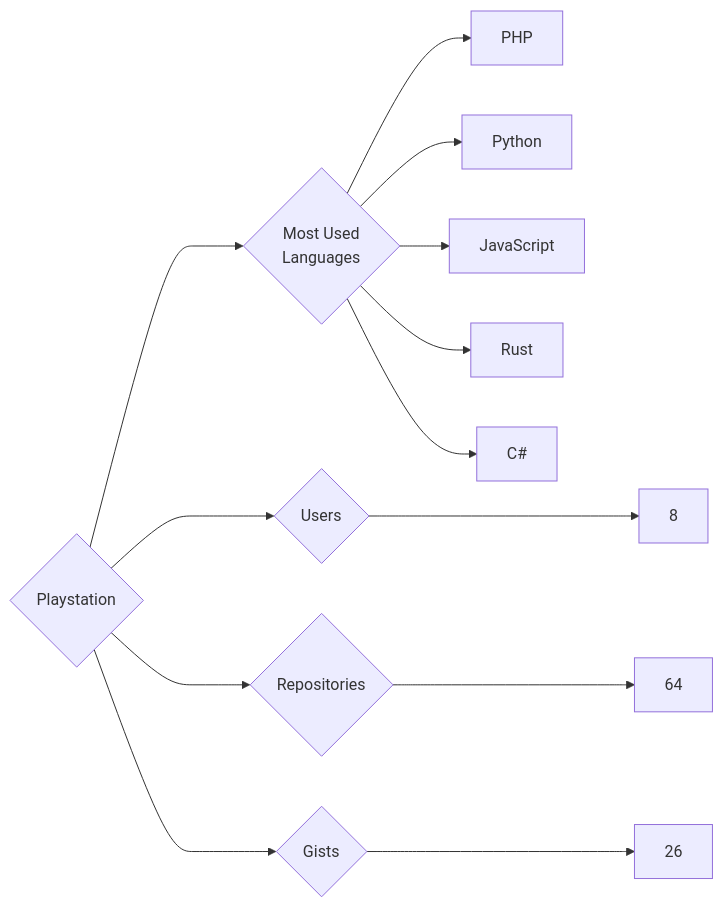
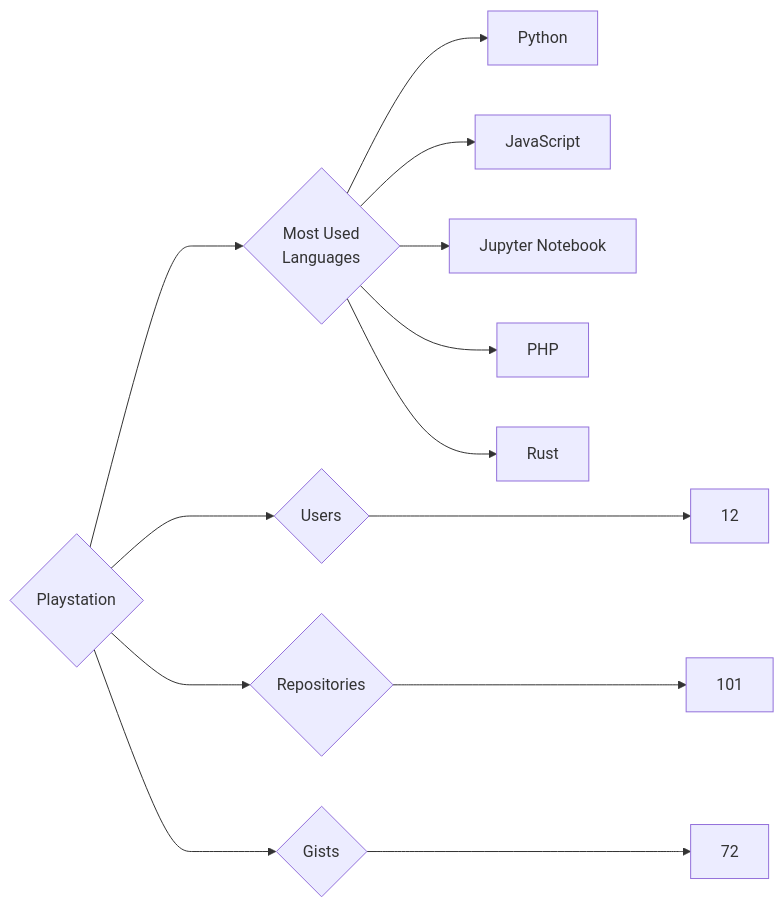
Before and after one commit to trickest/insiders: the diagram in targets/Playstation/README.md, drawn with Mermaid. The commit also changed 860 other files, not shown here.

````diff
--- a/targets/Playstation/README.md
+++ b/targets/Playstation/README.md
@@ -3,13 +3,13 @@
 ```mermaid
 graph LR
 COMPANY_NAME{Playstation}
-COMPANY_NAME ---> U{Users} ---> UN[8]
-COMPANY_NAME ---> R{Repositories} ---> RN[64]
-COMPANY_NAME ---> G{Gists} ---> GN[26]
+COMPANY_NAME ---> U{Users} ---> UN[12]
+COMPANY_NAME ---> R{Repositories} ---> RN[101]
+COMPANY_NAME ---> G{Gists} ---> GN[72]
 COMPANY_NAME ---> ML{Most Used<br>Languages}
-ML --> PHP[PHP]
 ML --> Python[Python]
 ML --> JavaScript[JavaScript]
+ML --> Jupyter_Notebook[Jupyter Notebook]
+ML --> PHP[PHP]
 ML --> Rust[Rust]
-ML --> C#[C#]
 ```
````
